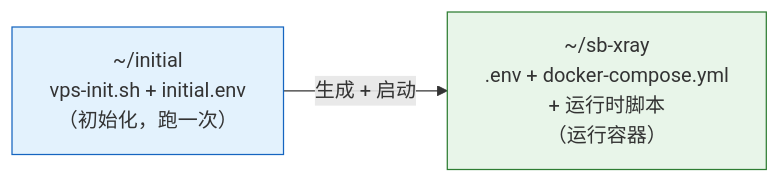
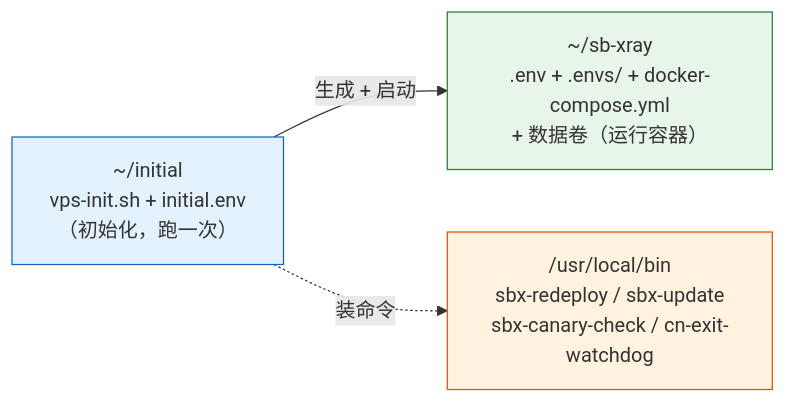
One commit to currycan/sb-xray changed the first of 2 diagrams in sources/vps/README.md. Above: the diagram before and after it, drawn with Mermaid. The commit also changed other lines of this file and 7 other files, not shown here.

First line of the commit message:
refactor(vps): 运维脚本集中到 /usr/local/bin，~/sb-xray 回归纯 compose 项目

````diff
--- a/sources/vps/README.md
+++ b/sources/vps/README.md
@@ -11,6 +11,8 @@
 ```mermaid
 flowchart LR
-    I["~/initial<br/>vps-init.sh + initial.env<br/>（初始化，跑一次）"] -->|生成 + 启动| R["~/sb-xray<br/>.env + docker-compose.yml<br/>+ 运行时脚本<br/>（运行容器）"]
+    I["~/initial<br/>vps-init.sh + initial.env<br/>（初始化，跑一次）"] -->|生成 + 启动| R["~/sb-xray<br/>.env + .envs/ + docker-compose.yml<br/>+ 数据卷（运行容器）"]
+    I -.->|装命令| B["/usr/local/bin<br/>sbx-redeploy / sbx-update<br/>sbx-canary-check / cn-exit-watchdog"]
     style I fill:#e3f2fd,stroke:#1565c0
     style R fill:#e8f5e9,stroke:#2e7d32
+    style B fill:#fff3e0,stroke:#e65100
 ```
````
